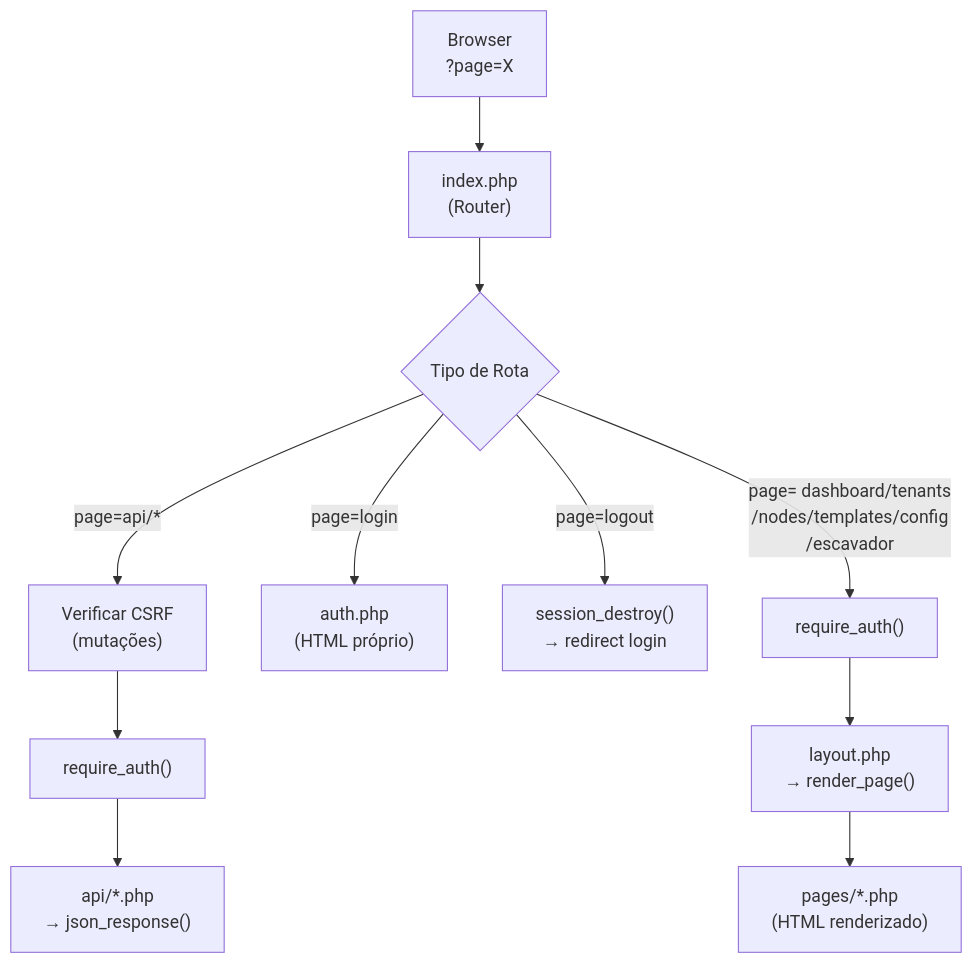
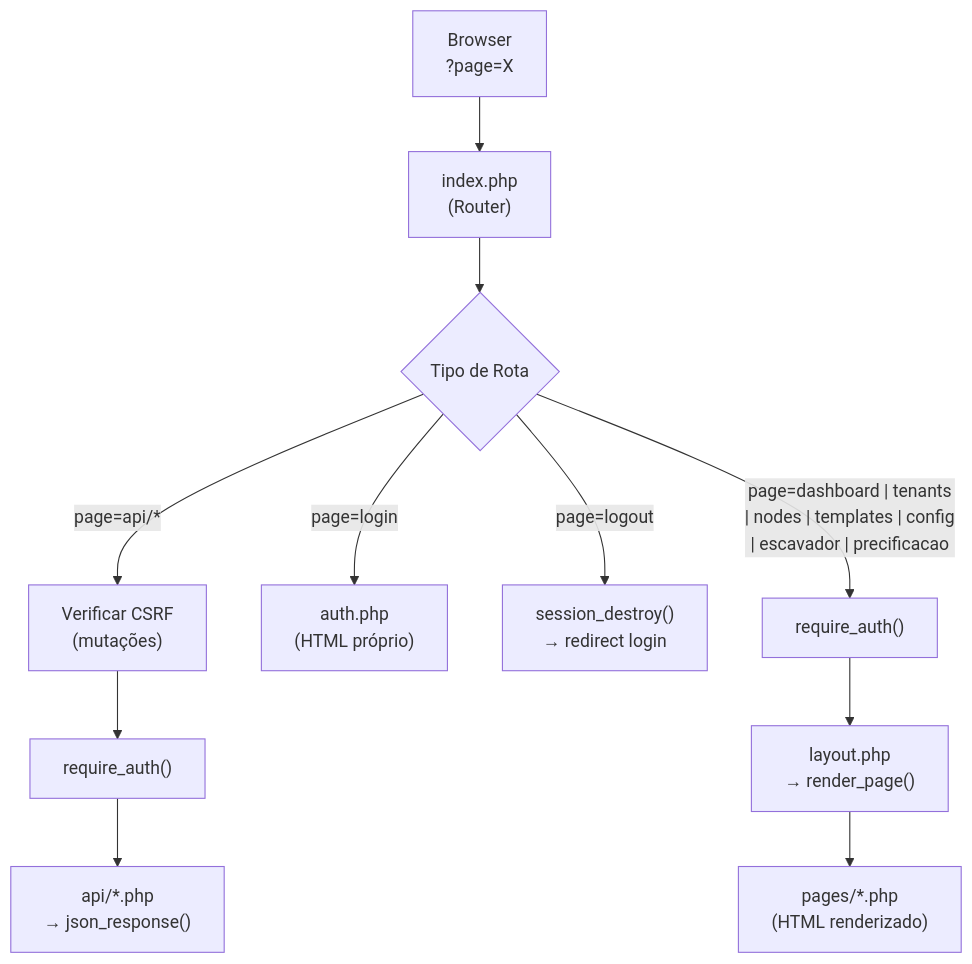
The diagram in ARCHITECTURE_mothership_app.md (suitezap/adv-crm), drawn with Mermaid before and after one commit. The commit also changed other lines of this file and 82 other files, not shown here.

````diff
--- a/ARCHITECTURE_mothership_app.md
+++ b/ARCHITECTURE_mothership_app.md
@@ -57,18 +47,18 @@
 ```mermaid
-flowchart TD
+graph TD
     A["Browser\n?page=X"] --> B["index.php\n(Router)"]
 
     B --> C{Tipo de Rota}
 
     C -- "page=api/*" --> D["Verificar CSRF\n(mutações)"]
     D --> E["require_auth()"]
     E --> F["api/*.php\n→ json_response()"]
 
     C -- "page=login" --> G["auth.php\n(HTML próprio)"]
 
     C -- "page=logout" --> H["session_destroy()\n→ redirect login"]
 
-    C -- "page= dashboard/tenants\n/nodes/templates/config\n/escavador" --> I["require_auth()"]
+    C -- "page=dashboard | tenants\n| nodes | templates | config\n| escavador | precificacao" --> I["require_auth()"]
     I --> J["layout.php\n→ render_page()"]
     J --> K["pages/*.php\n(HTML renderizado)"]
 ```
````
